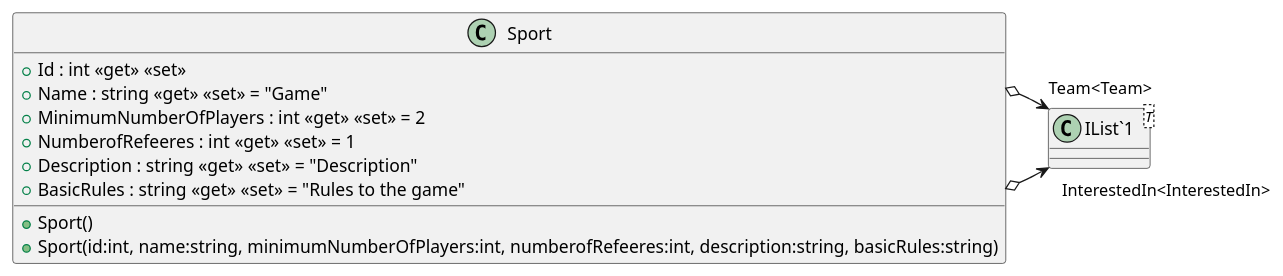
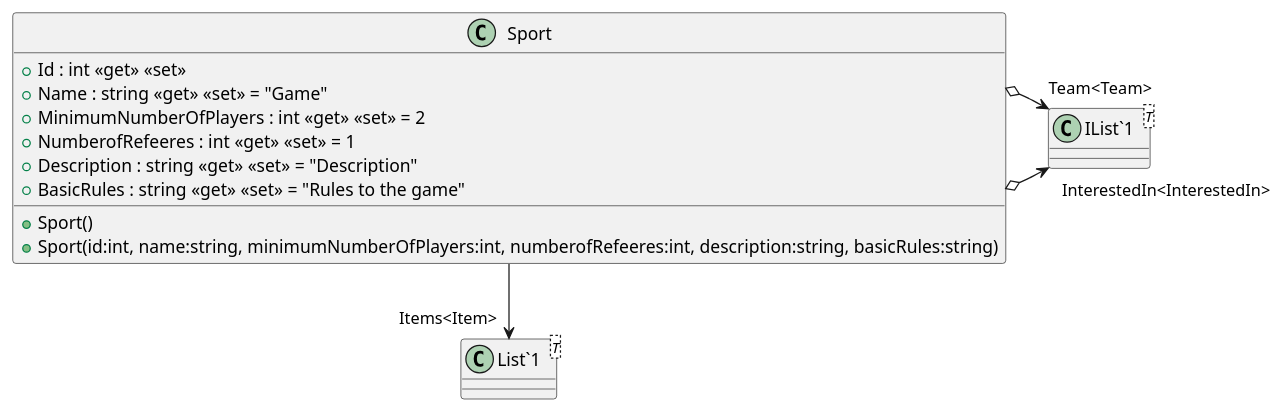
One commit to SEII2627SEALLUAN/SEII2627SEALLUAN changed the diagram in src/AppForSEII.API/ClassDiagram/Sport.puml. Above: the diagram before and after it, drawn with PlantUML. The commit also changed 13 other files, not shown here.

Commit message:
- finish the definition of its classes of Model folowing the instructions of the previous week. - create the different relationships included in its UC diagram.

```diff
--- a/src/AppForSEII.API/ClassDiagram/Sport.puml
+++ b/src/AppForSEII.API/ClassDiagram/Sport.puml
@@ -1,16 +1,19 @@
 @startuml
 class Sport {
     + Sport()
     + Sport(id:int, name:string, minimumNumberOfPlayers:int, numberofRefeeres:int, description:string, basicRules:string)
     + Id : int <<get>> <<set>>
     + Name : string <<get>> <<set>> = "Game"
     + MinimumNumberOfPlayers : int <<get>> <<set>> = 2
     + NumberofRefeeres : int <<get>> <<set>> = 1
     + Description : string <<get>> <<set>> = "Description"
     + BasicRules : string <<get>> <<set>> = "Rules to the game"
 }
+class "List`1"<T> {
+}
 class "IList`1"<T> {
 }
+Sport --> "Items<Item>" "List`1"
 Sport o-> "InterestedIn<InterestedIn>" "IList`1"
 Sport o-> "Team<Team>" "IList`1"
 @enduml
```
